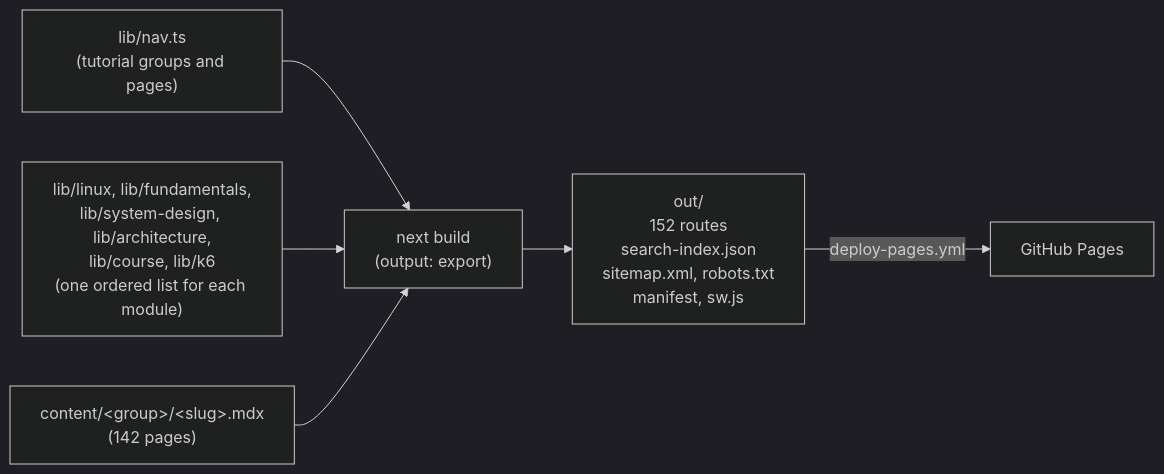
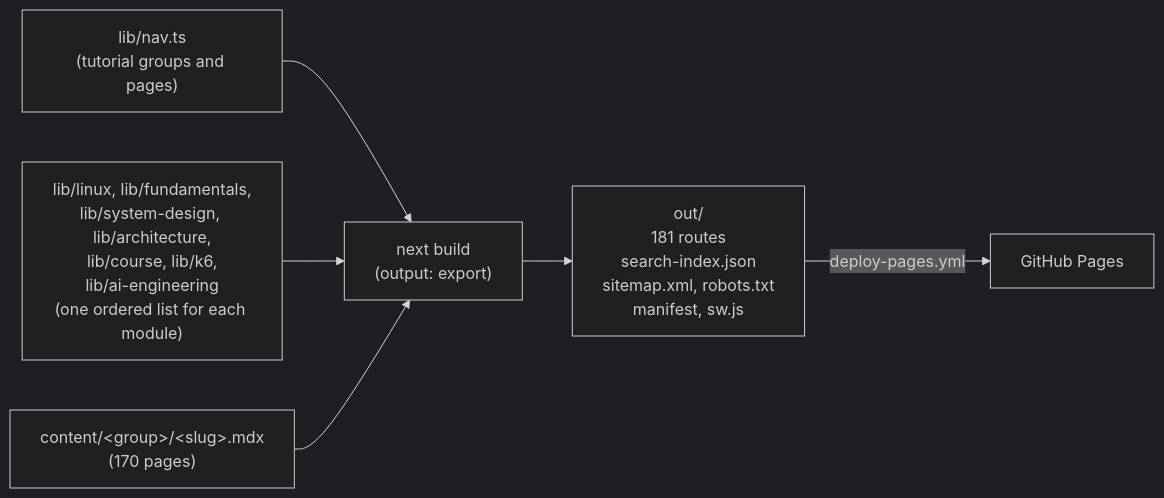
One commit to kawsar-95/ai-testing-guide changed the diagram in docs/ARCHITECTURE.md. Above: the diagram before and after it, drawn with Mermaid (dark theme). The commit also changed other lines of this file and 144 other files, not shown here.

First line of the commit message:
feat(ai-engineering): add the AI Engineering module with 28 topics

````diff
--- a/docs/ARCHITECTURE.md
+++ b/docs/ARCHITECTURE.md
@@ -9,15 +9,15 @@
 ```mermaid
 flowchart LR
   nav["lib/nav.ts<br/>(tutorial groups and pages)"]
-  mods["lib/linux, lib/fundamentals,<br/>lib/system-design, lib/architecture,<br/>lib/course, lib/k6<br/>(one ordered list for each module)"]
-  mdx["content/&lt;group&gt;/&lt;slug&gt;.mdx<br/>(142 pages)"]
+  mods["lib/linux, lib/fundamentals,<br/>lib/system-design, lib/architecture,<br/>lib/course, lib/k6,<br/>lib/ai-engineering<br/>(one ordered list for each module)"]
+  mdx["content/&lt;group&gt;/&lt;slug&gt;.mdx<br/>(170 pages)"]
   build["next build<br/>(output: export)"]
-  out["out/<br/>152 routes<br/>search-index.json<br/>sitemap.xml, robots.txt<br/>manifest, sw.js"]
+  out["out/<br/>181 routes<br/>search-index.json<br/>sitemap.xml, robots.txt<br/>manifest, sw.js"]
   pages["GitHub Pages"]
 
   nav --> build
   mods --> build
   mdx --> build
   build --> out
   out -->|deploy-pages.yml| pages
 ```
````
